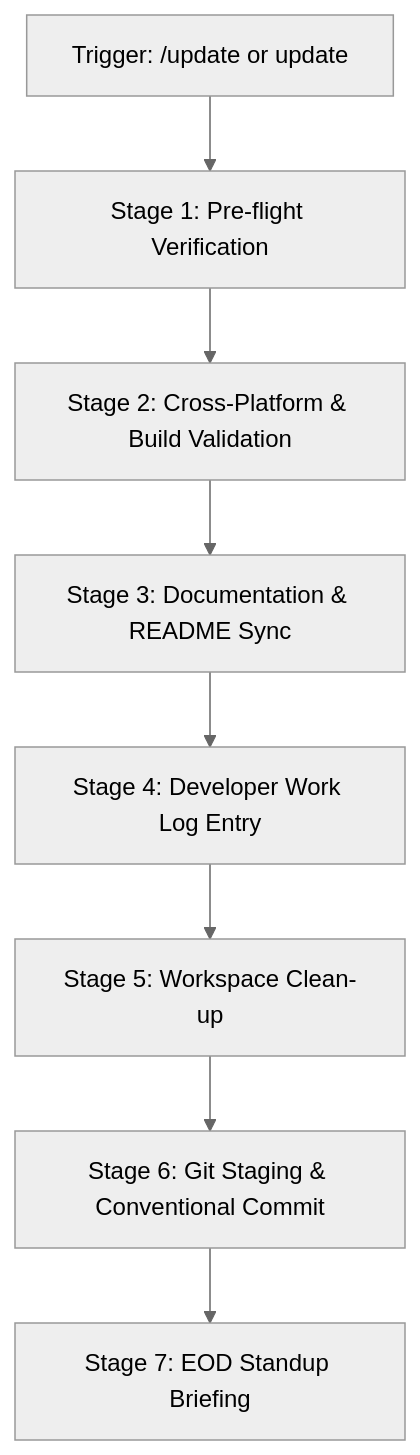
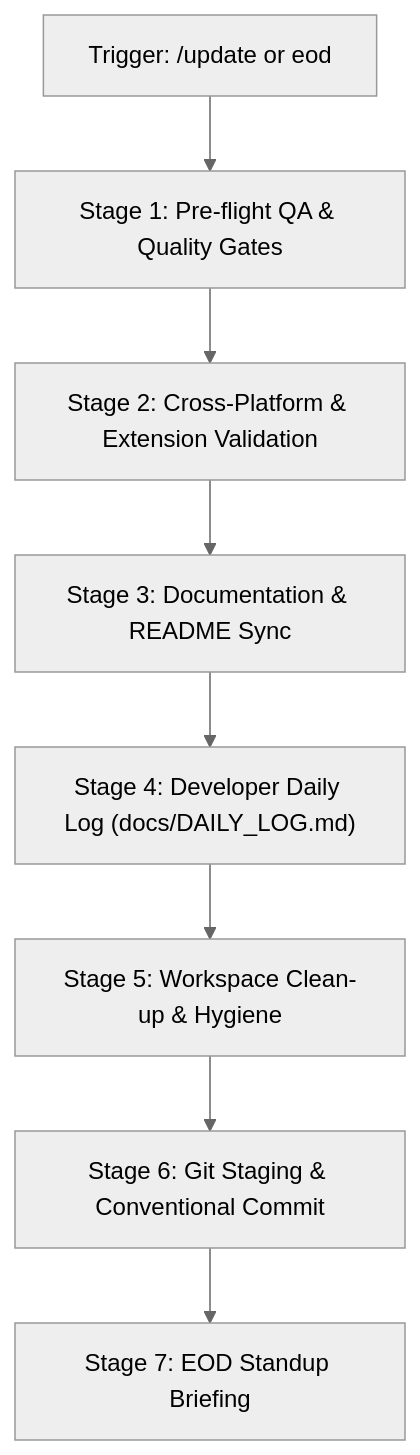
One commit to RajatSharma404/DSA-Tracker changed the diagram in .agents/skills/update/SKILL.md. Above: the diagram before and after it, drawn with Mermaid (neutral theme). The commit also changed other lines of this file, not shown here.

Commit message:
docs(skills): upgrade update skill runbook with 7-stage quality pre-departure checks

````diff
--- a/.agents/skills/update/SKILL.md
+++ b/.agents/skills/update/SKILL.md
@@ -18,10 +18,10 @@
 ```mermaid
 graph TD
-  A[Trigger: /update or update] --> B[Stage 1: Pre-flight Verification]
-  B --> C[Stage 2: Cross-Platform & Build Validation]
-  C --> D[Stage 3: Documentation & README Sync]
-  D --> E[Stage 4: Developer Work Log Entry]
-  E --> F[Stage 5: Workspace Clean-up]
-  F --> G[Stage 6: Git Staging & Conventional Commit]
-  G --> H[Stage 7: EOD Standup Briefing]
+  A["Trigger: /update or eod"] --> B["Stage 1: Pre-flight QA & Quality Gates"]
+  B --> C["Stage 2: Cross-Platform & Extension Validation"]
+  C --> D["Stage 3: Documentation & README Sync"]
+  D --> E["Stage 4: Developer Daily Log (docs/DAILY_LOG.md)"]
+  E --> F["Stage 5: Workspace Clean-up & Hygiene"]
+  F --> G["Stage 6: Git Staging & Conventional Commit"]
+  G --> H["Stage 7: EOD Standup Briefing"]
 ```
````
